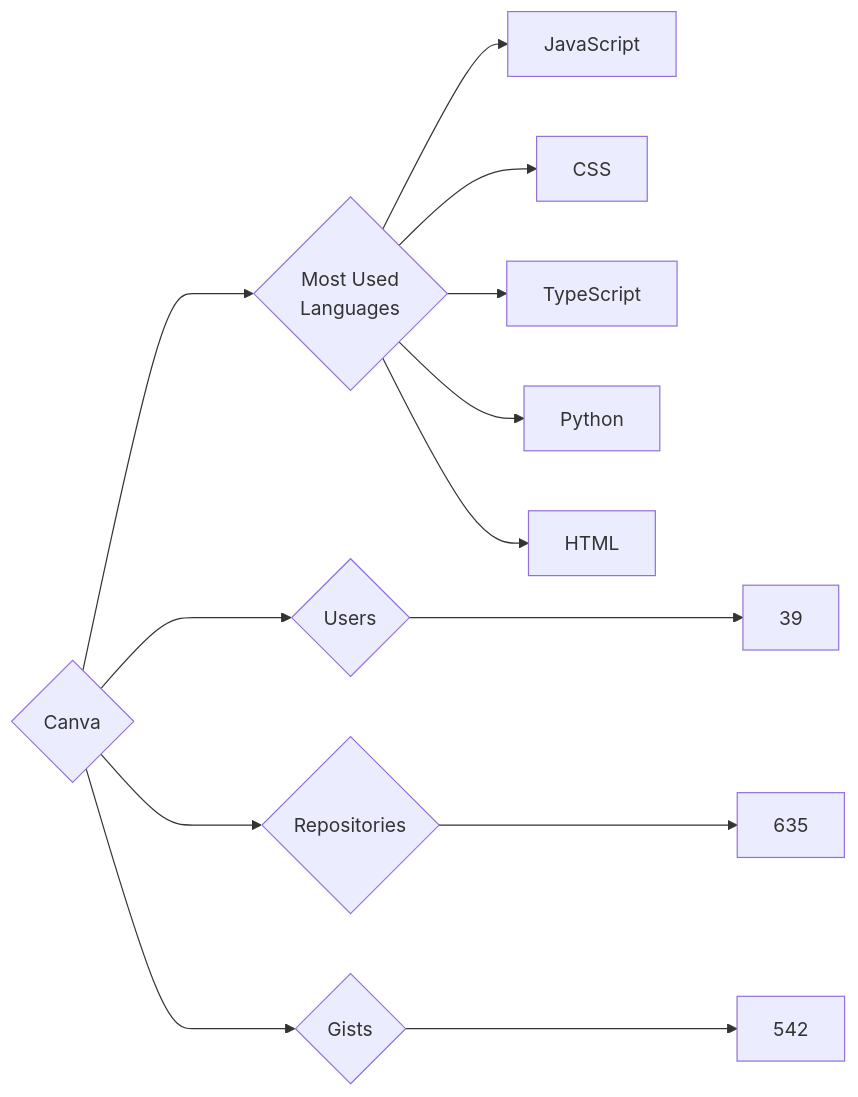
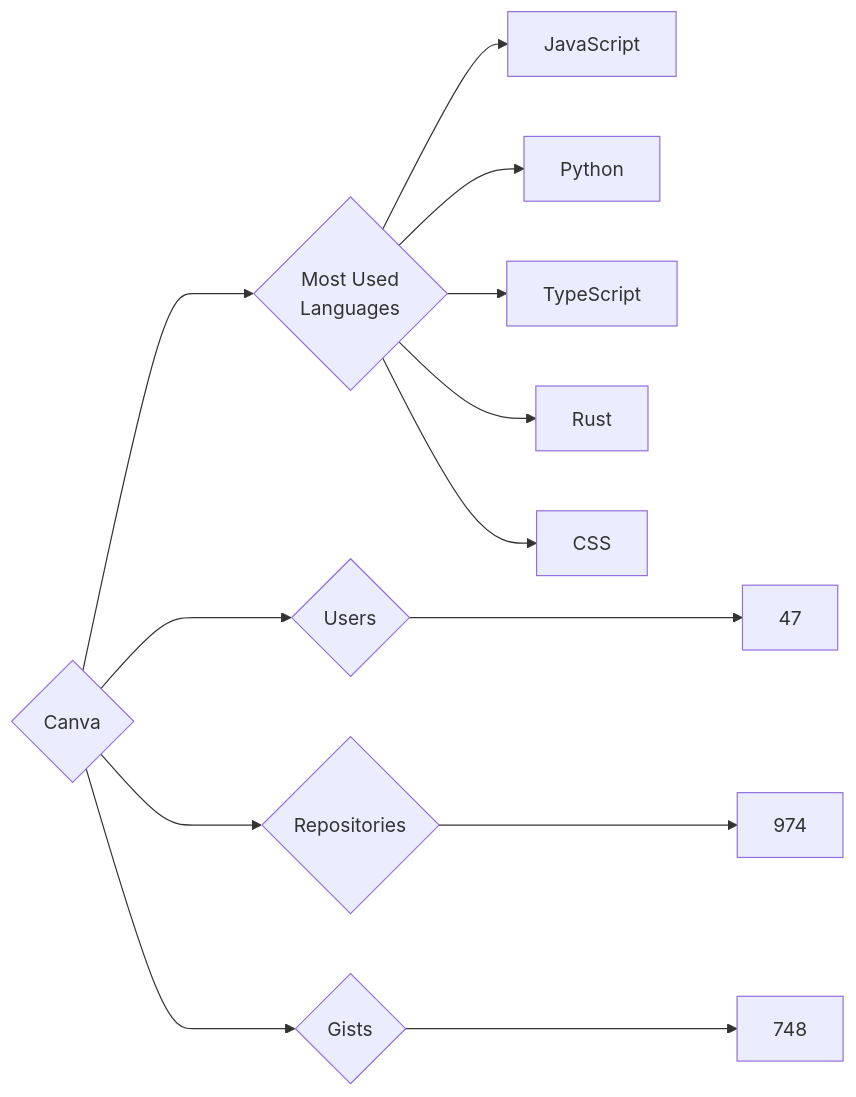
Before and after one commit to trickest/insiders: the diagram in targets/Canva/README.md, drawn with Mermaid. The commit also changed 745 other files, not shown here.

````diff
--- a/targets/Canva/README.md
+++ b/targets/Canva/README.md
@@ -3,13 +3,13 @@
 ```mermaid
 graph LR
 COMPANY_NAME{Canva}
-COMPANY_NAME ---> U{Users} ---> UN[39]
-COMPANY_NAME ---> R{Repositories} ---> RN[635]
-COMPANY_NAME ---> G{Gists} ---> GN[542]
+COMPANY_NAME ---> U{Users} ---> UN[47]
+COMPANY_NAME ---> R{Repositories} ---> RN[974]
+COMPANY_NAME ---> G{Gists} ---> GN[748]
 COMPANY_NAME ---> ML{Most Used<br>Languages}
 ML --> JavaScript[JavaScript]
+ML --> Python[Python]
+ML --> TypeScript[TypeScript]
+ML --> Rust[Rust]
 ML --> CSS[CSS]
-ML --> TypeScript[TypeScript]
-ML --> Python[Python]
-ML --> HTML[HTML]
 ```
````
